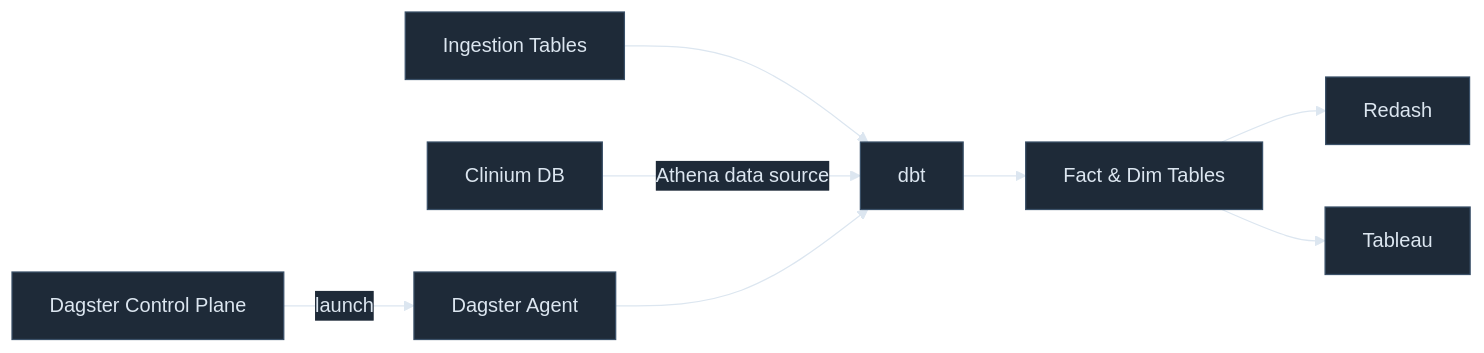
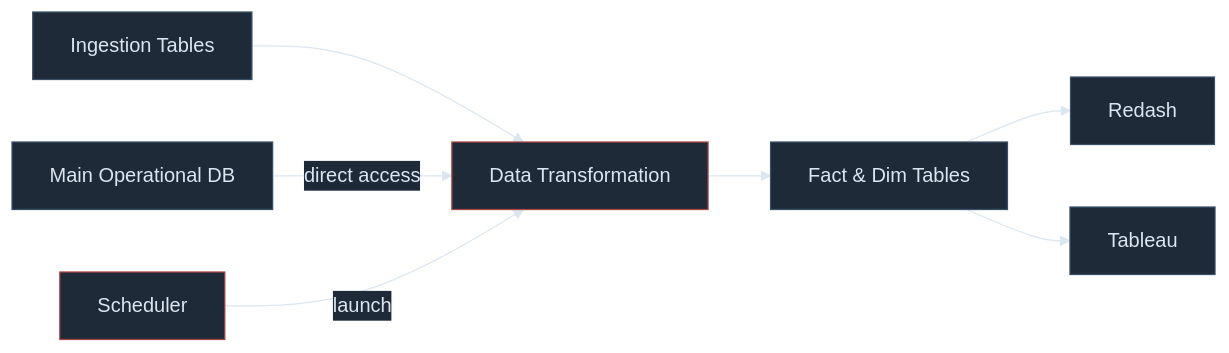
The fourth of 5 diagrams in pages/03-functional.md (mosh-ja/itl-presentation), drawn with Mermaid before and after one commit. The commit also changed other lines of this file and 11 other files, not shown here.

````diff
--- a/pages/03-functional.md
+++ b/pages/03-functional.md
@@ -118,31 +128,32 @@
 ```mermaid
 %%{init: {
   'theme': 'base',
   'themeVariables': {
     'background': '#0B0F14',
     'primaryColor': '#1e2a38',
     'primaryBorderColor': '#3a5068',
     'primaryTextColor': '#dce6f0',
     'lineColor': '#dce6f0',
     'edgeColor': '#7ab8e0',
     'edgeLabelBackground': '#1e2a38'
   }
 }}%%
 graph LR
     TB_IN["Ingestion Tables"]
-    CL["Clinium DB"]
-    CP["Dagster Control Plane"]
-    Agent["Dagster Agent"]
-    dbt
+    CL["Main Operational DB"]
+    Scheduler
+    dbt["Data Transformation"]
     TB_OUT["Fact & Dim Tables"]
     Redash
     Tableau
 
     TB_IN --> dbt
-    CL --> |"Athena data source"| dbt
-    CP -->|"launch"| Agent
-    Agent --> dbt
+    CL --> |"direct access"| dbt
+    Scheduler -->|"launch"| dbt
     dbt --> TB_OUT
     TB_OUT --> Redash
     TB_OUT --> Tableau
+
+    classDef bad stroke:#aa4444
+    class Scheduler,dbt bad
 ```
````
